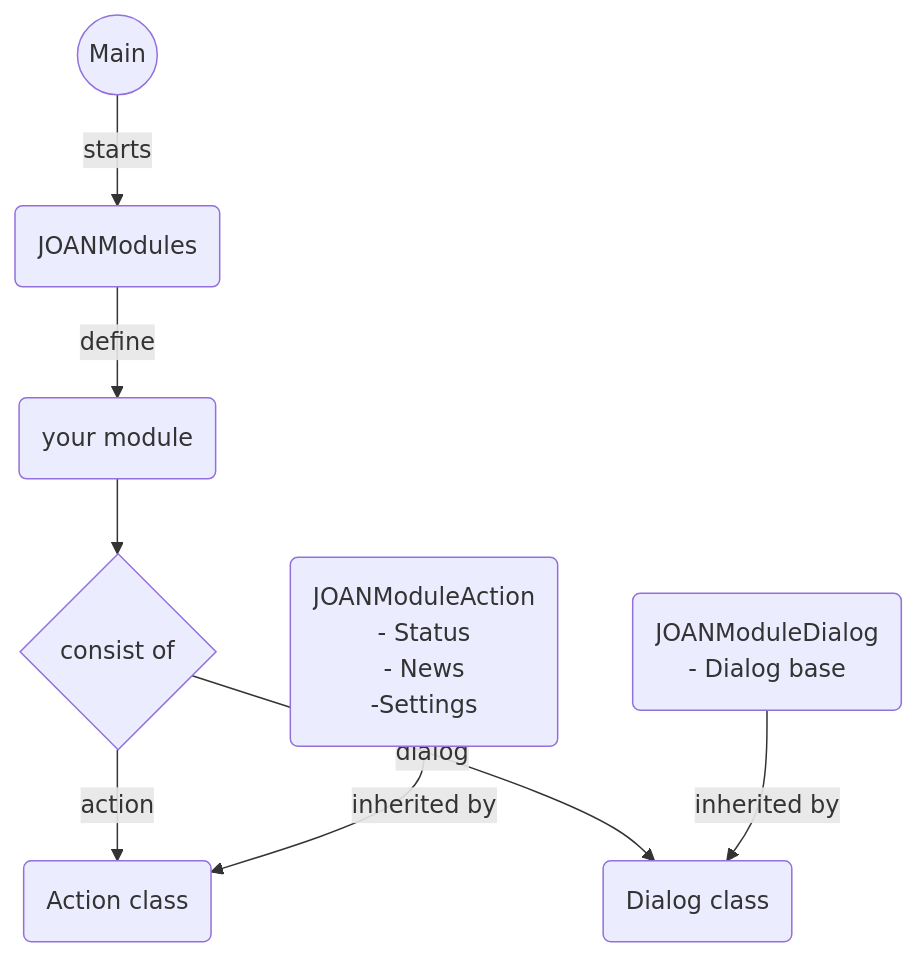
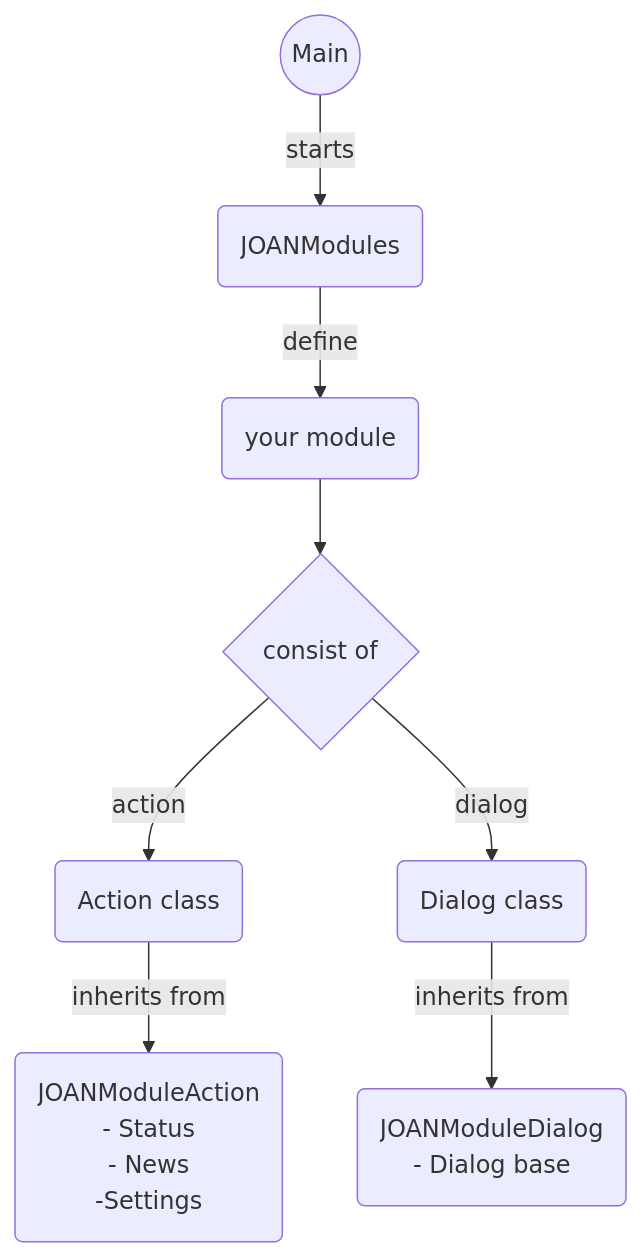
One commit to tud-hri/joan changed the diagram in docs/joan-structure.md. Above: the diagram before and after it, drawn with Mermaid.

Commit message:
reshaped mermaid blocks

````diff
--- a/docs/joan-structure.md
+++ b/docs/joan-structure.md
@@ -20,10 +20,10 @@
 ```mermaid
-graph TD;
-   M((Main))-->|starts|J(JOANModules);
-   J(JOANModules)-->|define|u(your module);
-   u(your module)-->c{consist of};
-   c{consist of}-->|action|A(Action class);
-   c{consist of}-->|dialog|D(Dialog class);
-   JA(JOANModuleAction<br>- Status<br>- News<br> -Settings)-->|inherited by|A(Action class);
-   JD(JOANModuleDialog<br>- Dialog base)-->|inherited by|D(Dialog class);
+graph TD
+   A((Main))-->|starts|B(JOANModules)
+   B-->|define|C(your module)
+   C-->D{consist of}
+   D-->|action|G(Action class)
+   D-->|dialog|H(Dialog class)
+   G-->|inherits from|E(JOANModuleAction<br>- Status<br>- News<br> -Settings)
+   H-->|inherits from|F(JOANModuleDialog<br>- Dialog base)
 ```
````
